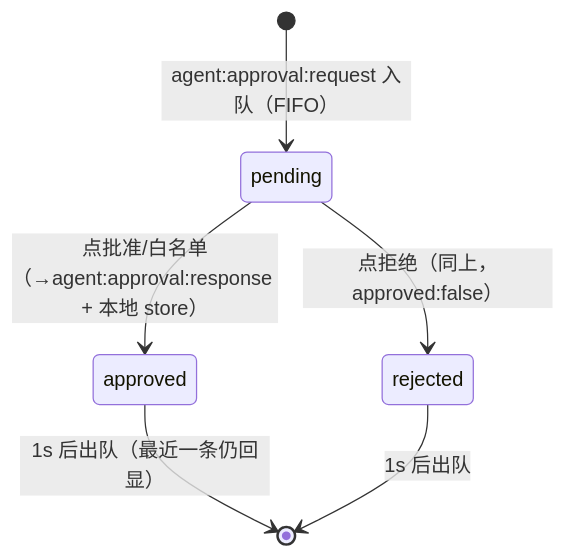
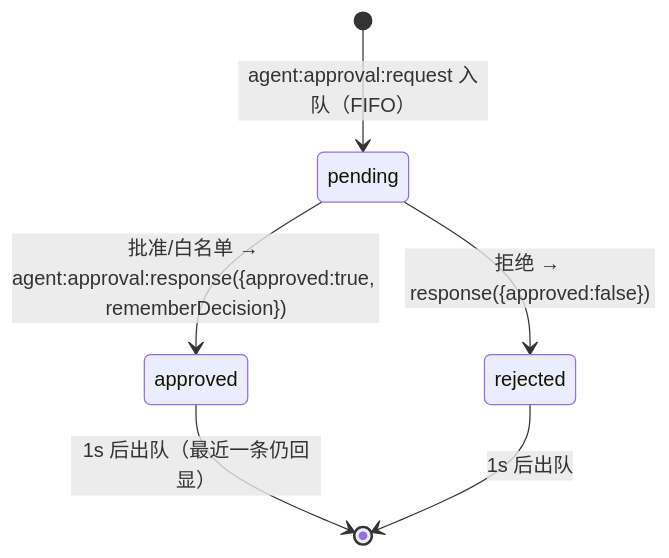
Before and after one commit to zlh12331/superagent: the fourth of 5 diagrams in docs/design/09-ux-interaction-spec.md, drawn with Mermaid. The commit also changed other lines of this file, not shown here.

````diff
--- a/docs/design/09-ux-interaction-spec.md
+++ b/docs/design/09-ux-interaction-spec.md
@@ -265,8 +210,8 @@
 ```mermaid
 stateDiagram-v2
   [*] --> pending: agent:approval:request 入队（FIFO）
-  pending --> approved: 点批准/白名单（→agent:approval:response + 本地 store）
-  pending --> rejected: 点拒绝（同上，approved:false）
+  pending --> approved: 批准/白名单 → agent:approval:response({approved:true, rememberDecision})
+  pending --> rejected: 拒绝 → response({approved:false})
   approved --> [*]: 1s 后出队（最近一条仍回显）
   rejected --> [*]: 1s 后出队
 ```
````
